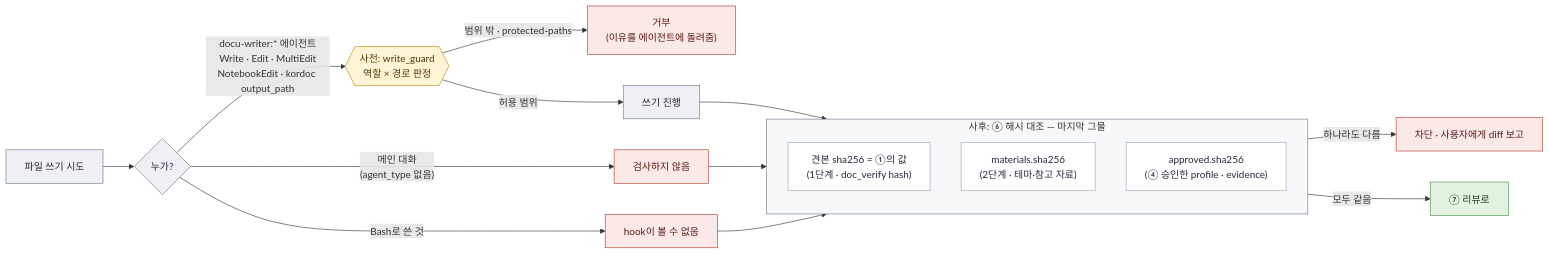
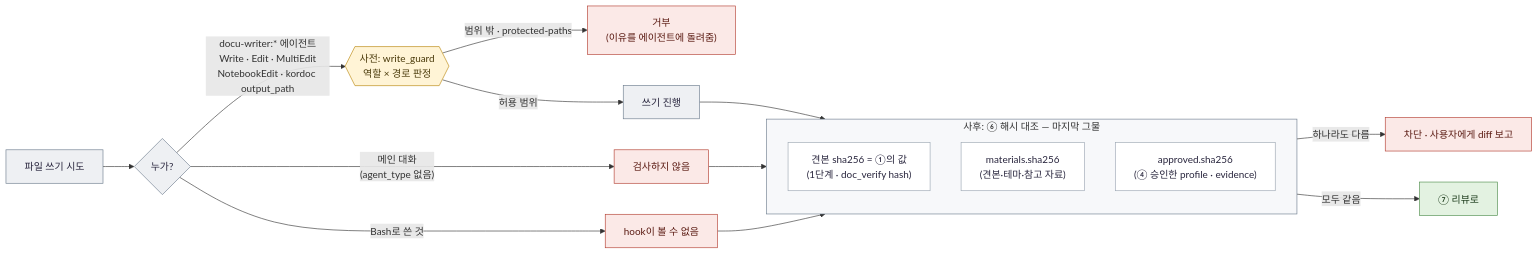
Before and after one commit to yarang/skills-for-work: the diagram in docu-writer/docs/diagrams/protection-layers.mmd, drawn with Mermaid. The commit also changed 15 other files, not shown here.

```diff
--- a/docu-writer/docs/diagrams/protection-layers.mmd
+++ b/docu-writer/docs/diagrams/protection-layers.mmd
@@ -1,32 +1,32 @@
 %% 견본 보호는 두 겹이다: 사전에는 hook이 에이전트의 쓰기 도구 호출을 막고, hook이 못 보는 길(메인 대화·Bash)은 ⑥의 사후 해시 대조가 잡는다
 %%{init: {"flowchart": {"wrappingWidth": 360}}}%%
 flowchart LR
   W["파일 쓰기 시도"] --> Q{"누가?"}
   Q -->|"docu-writer:* 에이전트<br/>Write · Edit · MultiEdit<br/>NotebookEdit · kordoc output_path"| G{{"사전: write_guard<br/>역할 × 경로 판정"}}
   Q -->|"메인 대화<br/>(agent_type 없음)"| B1["검사하지 않음"]
   Q -->|"Bash로 쓴 것"| B2["hook이 볼 수 없음"]
   G -->|범위 밖 · protected-paths| D["거부<br/>(이유를 에이전트에 돌려줌)"]
   G -->|허용 범위| OK["쓰기 진행"]
   OK --> P
   B1 --> P
   B2 --> P
   subgraph P["사후: ⑥ 해시 대조 — 마지막 그물"]
     direction TB
     H1["견본 sha256 = ①의 값<br/>(1단계 · doc_verify hash)"]
-    H2["materials.sha256<br/>(2단계 · 테마·참고 자료)"]
+    H2["materials.sha256<br/>(견본·테마·참고 자료)"]
     H3["approved.sha256<br/>(④ 승인한 profile · evidence)"]
   end
   P -->|하나라도 다름| X["차단 · 사용자에게 diff 보고"]
   P -->|모두 같음| N["⑦ 리뷰로"]
 
   classDef main fill:#EEF0F3,stroke:#6B7B8C,color:#28253D
   classDef gate fill:#FFF4D6,stroke:#B8860B,color:#4A3A0A
   classDef blind fill:#FBE9E7,stroke:#B23B2E,color:#5A1A12
   classDef done fill:#E3F2E1,stroke:#4C8C4A,color:#1B3A1A
   classDef file fill:#FFFFFF,stroke:#9AA5B1,color:#28253D
   class W,Q,OK main
   class G gate
   class B1,B2,D,X blind
   class N done
   class H1,H2,H3 file
   style P fill:#F7F8FA,stroke:#6B7B8C
```
